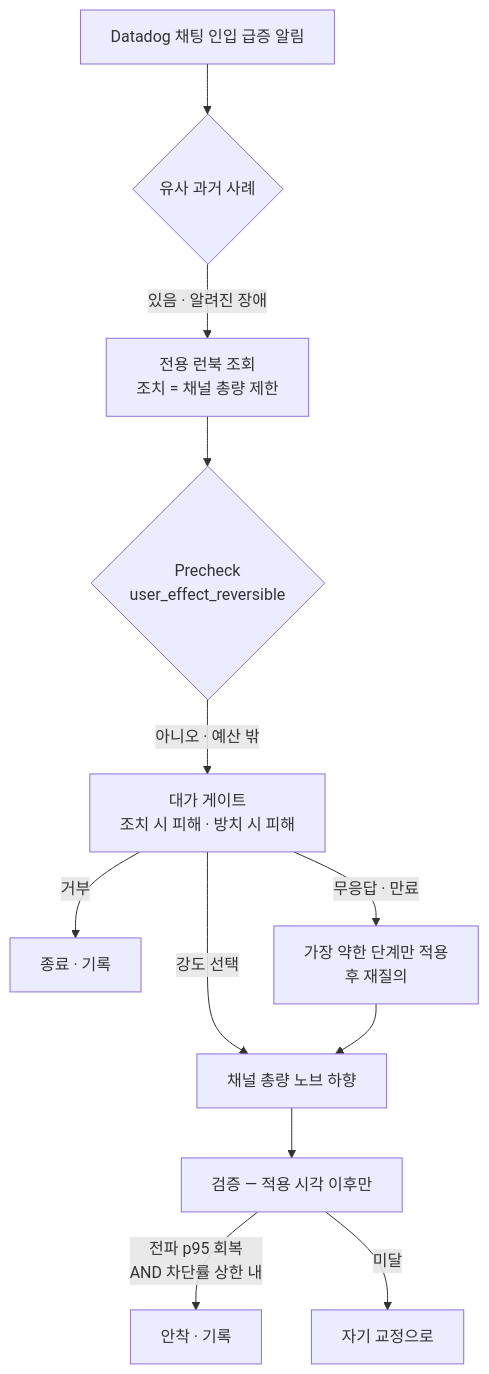
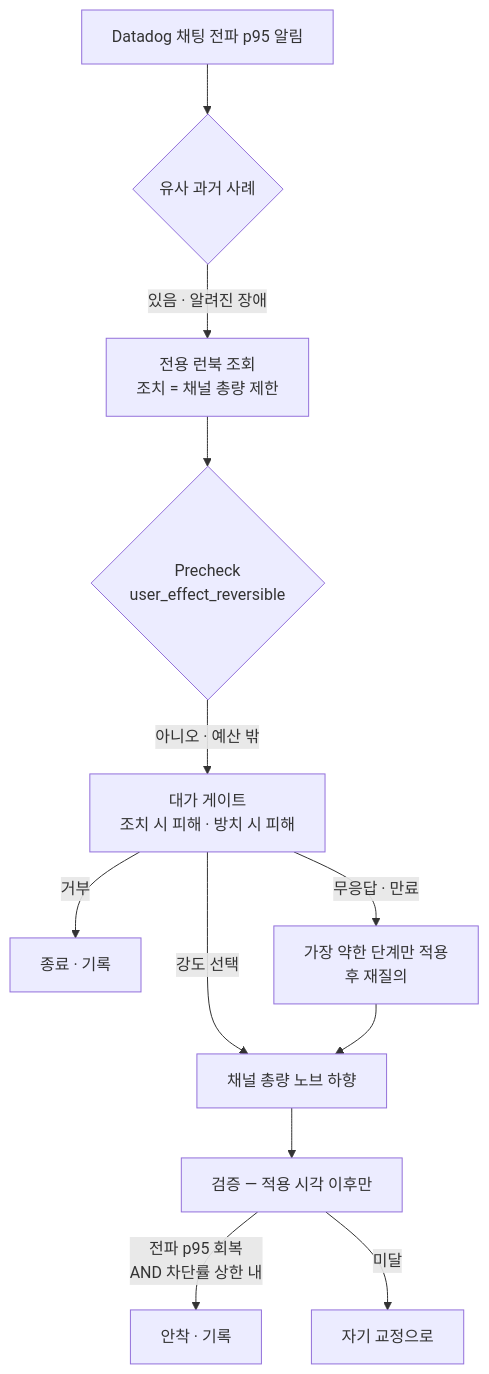
One commit to CJ-Only-One/O2-live-ai-ops changed the second of 4 diagrams in docs/scenario-experiment.md. Above: the diagram before and after it, drawn with Mermaid. The commit also changed other lines of this file and 1 other file, not shown here.

````diff
--- a/docs/scenario-experiment.md
+++ b/docs/scenario-experiment.md
@@ -181,14 +211,14 @@
 ```mermaid
 flowchart TB
-    A["Datadog 채팅 인입 급증 알림"] --> B{"유사 과거 사례"}
+    A["Datadog 채팅 전파 p95 알림"] --> B{"유사 과거 사례"}
     B -->|"있음 · 알려진 장애"| C["전용 런북 조회<br/>조치 = 채널 총량 제한"]
     C --> D{"Precheck<br/>user_effect_reversible"}
     D -->|"아니오 · 예산 밖"| E["대가 게이트<br/>조치 시 피해 · 방치 시 피해"]
     E -->|"강도 선택"| F["채널 총량 노브 하향"]
     E -->|"거부"| X["종료 · 기록"]
     E -->|"무응답 · 만료"| G["가장 약한 단계만 적용<br/>후 재질의"]
     G --> F
     F --> H["검증 — 적용 시각 이후만"]
     H -->|"전파 p95 회복<br/>AND 차단률 상한 내"| I["안착 · 기록"]
     H -->|"미달"| J["자기 교정으로"]
 ```
````
